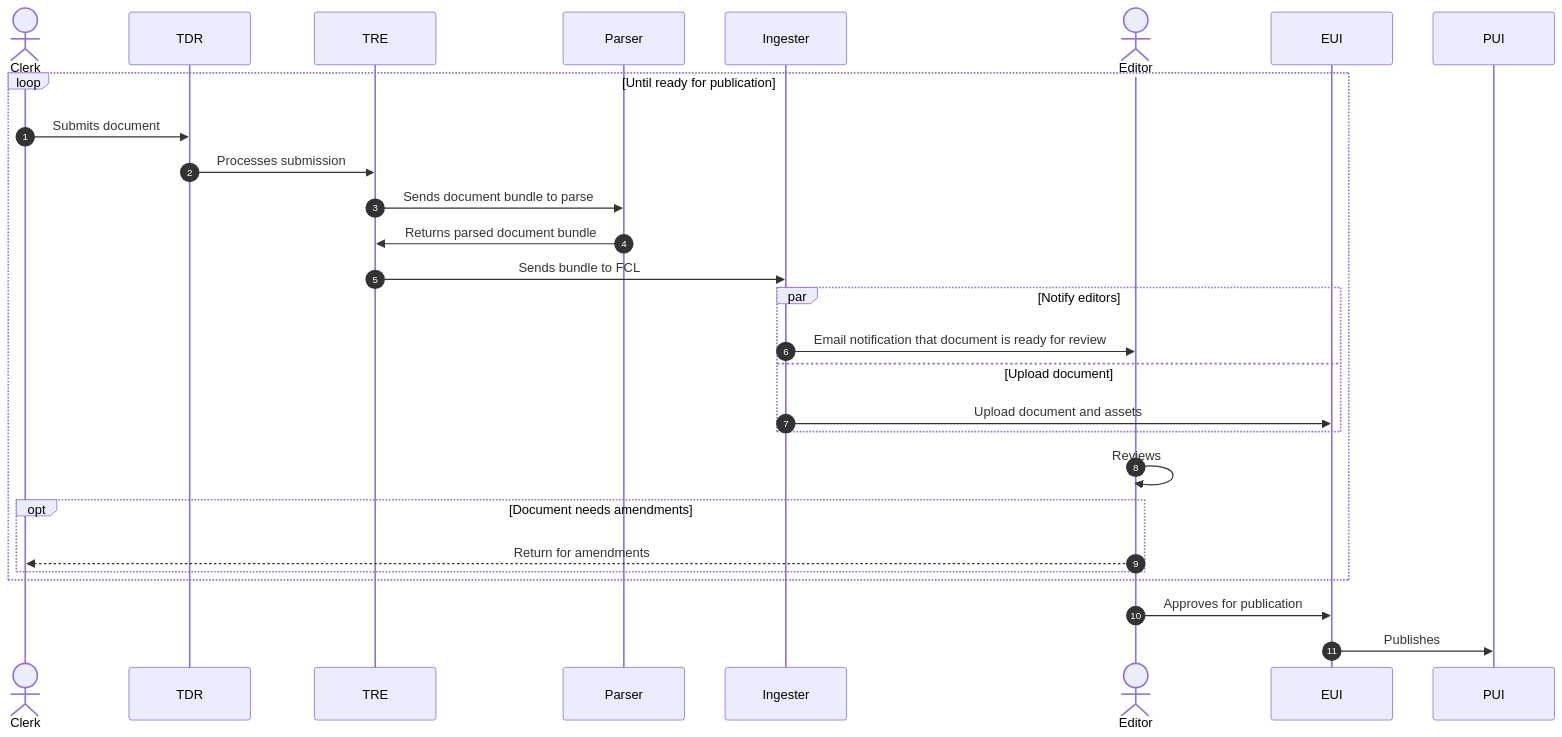
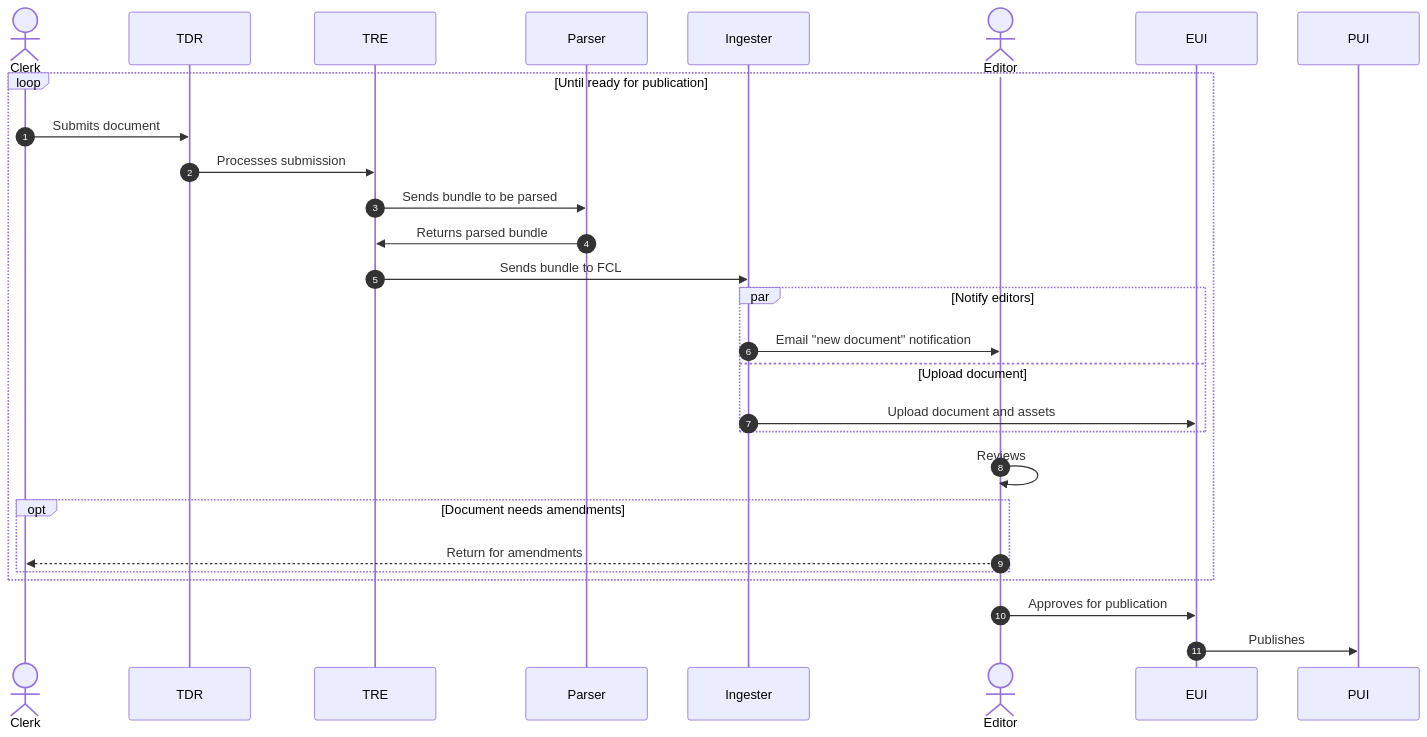
One commit to nationalarchives/ds-find-caselaw-docs changed the diagram in doc/workflow/overview.md. Above: the diagram before and after it, drawn with Mermaid.

Commit message:
Minor language tightening
Some marginally shorter descriptions make for prettier rendering.

````diff
--- a/doc/workflow/overview.md
+++ b/doc/workflow/overview.md
@@ -5,32 +5,32 @@
 ```mermaid
 sequenceDiagram
   autonumber
 
   actor Clerk
   participant TDR
   participant TRE
   participant Parser
   participant Ingester
   actor Editor
   participant EUI
   participant PUI
 
   loop Until ready for publication
     Clerk->>TDR: Submits document
     TDR->>TRE: Processes submission
-    TRE->>Parser: Sends document bundle to parse
-    Parser->>TRE: Returns parsed document bundle
+    TRE->>Parser: Sends bundle to be parsed
+    Parser->>TRE: Returns parsed bundle
     TRE->>Ingester: Sends bundle to FCL
     par Notify editors
-      Ingester->>Editor: Email notification that document is ready for review
+      Ingester->>Editor: Email "new document" notification
     and Upload document
       Ingester->>EUI: Upload document and assets
     end
     Editor->>Editor: Reviews
     opt Document needs amendments
       Editor-->>Clerk: Return for amendments
     end
   end
   Editor->>EUI: Approves for publication
   EUI->>PUI: Publishes
 ```
````
